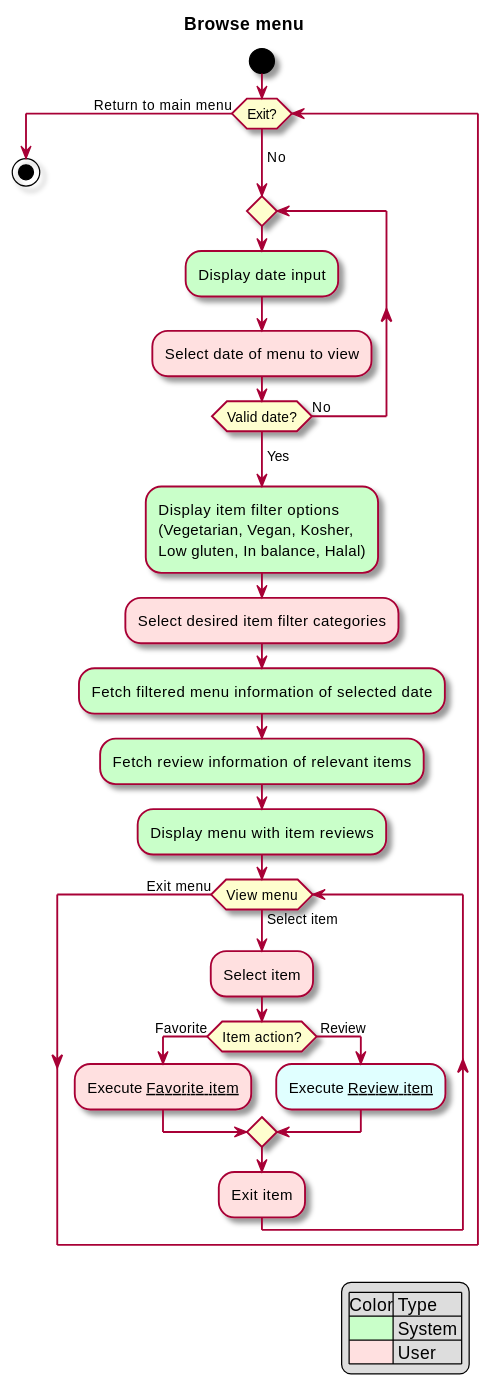
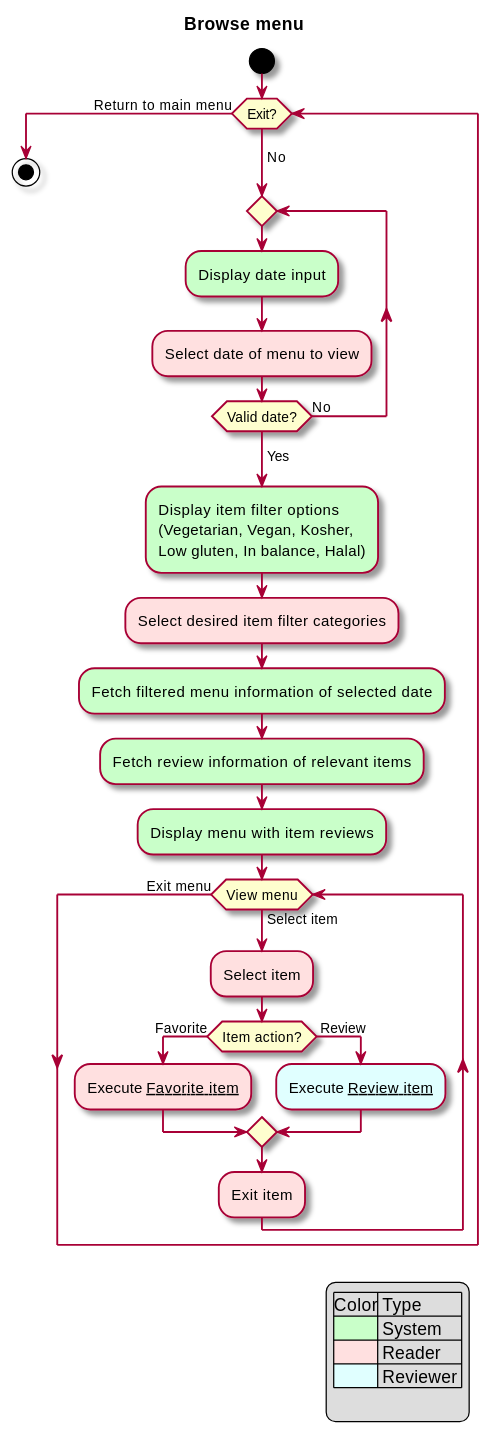
Before and after one commit to sashap100/Vassar-Dining-App: the diagram in intellij/doc/use-cases/browse-menu.md, drawn with PlantUML. The commit also changed 6 other files, not shown here.

````diff
--- a/intellij/doc/use-cases/browse-menu.md
+++ b/intellij/doc/use-cases/browse-menu.md
@@ -27,36 +27,38 @@
 ```plantuml
 @startuml
 
 skin rose
 title Browse menu
 legend right
     |Color| Type |
     |<#technology>| System |
-    |<#implementation>| User |
+    |<#implementation>| Reader |
+    |<#LightCyan>| Reviewer |
+    
 endlegend
 
 start
 while (Exit?) is (\nNo)
 repeat
     #technology:Display date input;
     #implementation:Select date of menu to view;
 repeat while (Valid date?) is (No)
 -> Yes;
 #technology:Display item filter options \n(Vegetarian, Vegan, Kosher, \nLow gluten, In balance, Halal);
 #implementation:Select desired item filter categories;
 #technology:Fetch filtered menu information of selected date;
 #technology:Fetch review information of relevant items;
 #technology:Display menu with item reviews;
 while (View menu) is (Select item)
 #implementation:Select item;
     if (Item action?) then (Favorite)
         #implementation:Execute __Favorite item__;
     else ( Review)
         #LightCyan:Execute __Review item__;
 endif
 #implementation:Exit item;
 endwhile (Exit menu)
 endwhile (Return to main menu)
 stop
 @enduml
 ```
````
